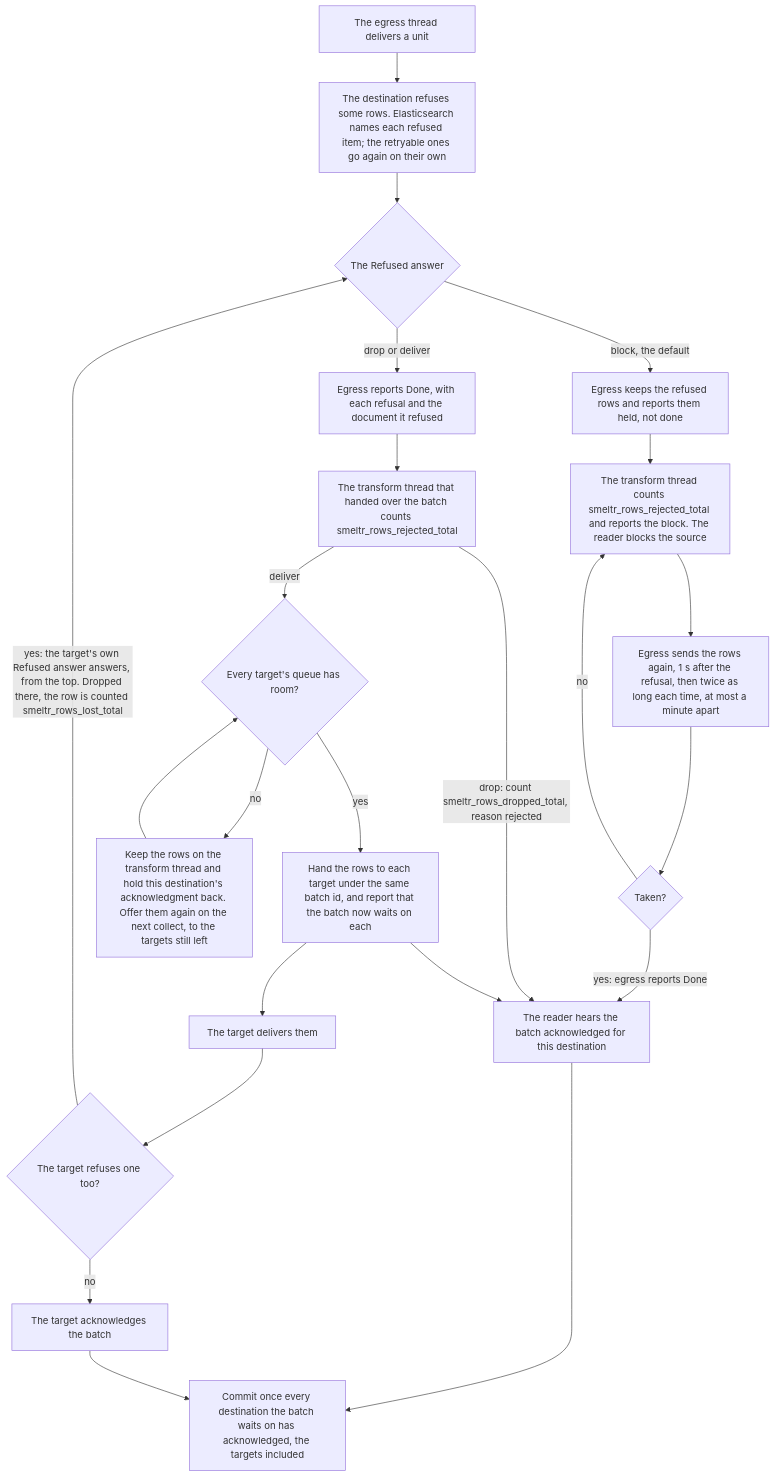
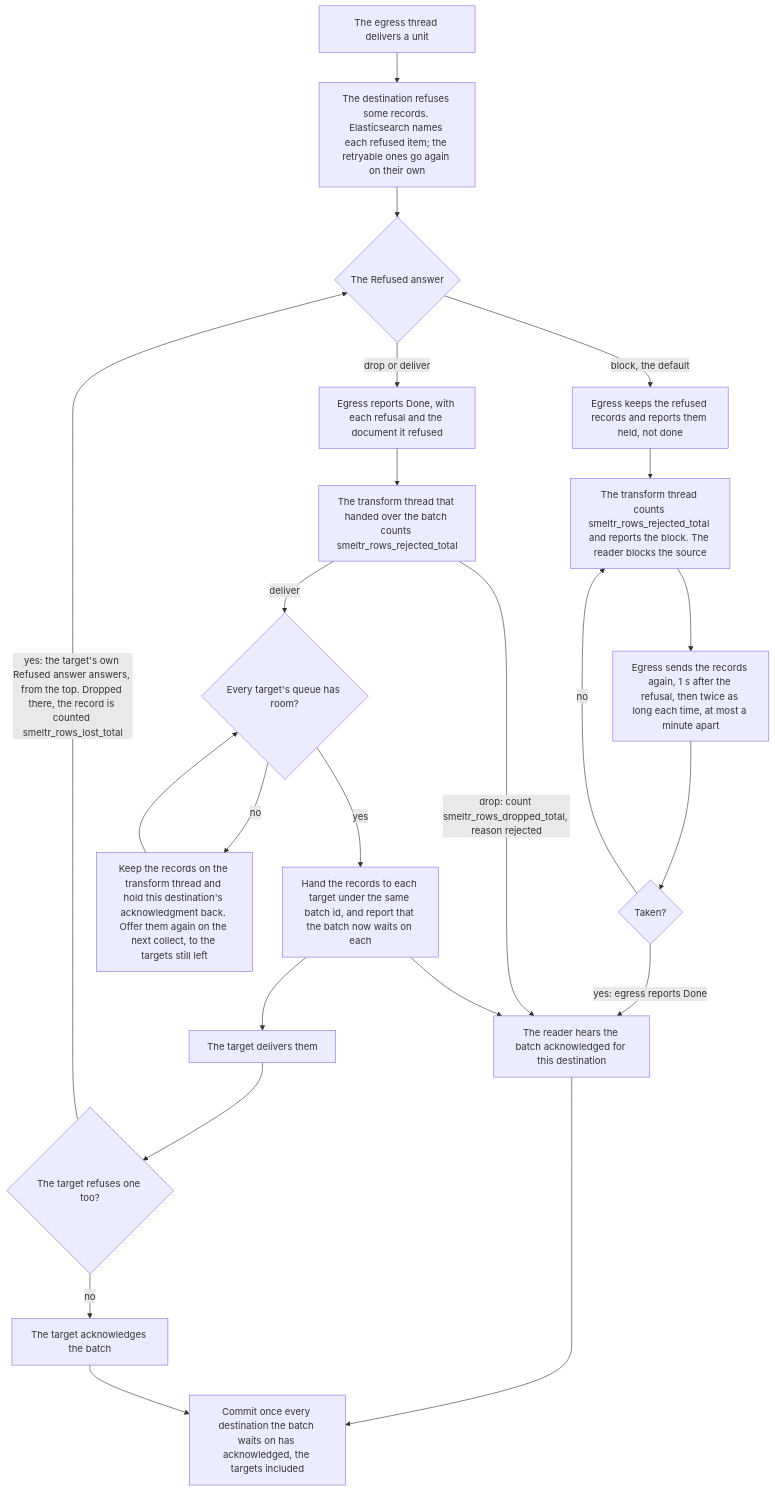
The fifth of 6 diagrams in docs/data-paths.md (smeltr-sh/smeltr), drawn with Mermaid before and after one commit. The commit also changed other lines of this file and 16 other files, not shown here.

First line of the commit message:
docs: record, not row, where docs/ means what is processed or sent (#1017)

````diff
--- a/docs/data-paths.md
+++ b/docs/data-paths.md
@@ -138,25 +138,25 @@
 ```mermaid
 flowchart TD
-  A["The egress thread delivers a unit"] --> B["The destination refuses some rows. Elasticsearch names each refused item; the retryable ones go again on their own"]
+  A["The egress thread delivers a unit"] --> B["The destination refuses some records. Elasticsearch names each refused item; the retryable ones go again on their own"]
   B --> C{"The Refused answer"}
-  C -- "block, the default" --> K["Egress keeps the refused rows and reports them held, not done"]
+  C -- "block, the default" --> K["Egress keeps the refused records and reports them held, not done"]
   K --> K1["The transform thread counts smeltr_rows_rejected_total and reports the block. The reader blocks the source"]
-  K1 --> K2["Egress sends the rows again, 1 s after the refusal, then twice as long each time, at most a minute apart"]
+  K1 --> K2["Egress sends the records again, 1 s after the refusal, then twice as long each time, at most a minute apart"]
   K2 --> K3{"Taken?"}
   K3 -- no --> K1
   K3 -- "yes: egress reports Done" --> E["The reader hears the batch acknowledged for this destination"]
   C -- "drop or deliver" --> D["Egress reports Done, with each refusal and the document it refused"]
   D --> T["The transform thread that handed over the batch counts smeltr_rows_rejected_total"]
   T -- "drop: count smeltr_rows_dropped_total, reason rejected" --> E
   T -- deliver --> Q{"Every target's queue has room?"}
-  Q -- no --> Q2["Keep the rows on the transform thread and hold this destination's acknowledgment back. Offer them again on the next collect, to the targets still left"]
+  Q -- no --> Q2["Keep the records on the transform thread and hold this destination's acknowledgment back. Offer them again on the next collect, to the targets still left"]
   Q2 --> Q
-  Q -- yes --> Q3["Hand the rows to each target under the same batch id, and report that the batch now waits on each"]
+  Q -- yes --> Q3["Hand the records to each target under the same batch id, and report that the batch now waits on each"]
   Q3 --> E
   Q3 --> R["The target delivers them"]
   R --> R2{"The target refuses one too?"}
-  R2 -- "yes: the target's own Refused answer answers, from the top. Dropped there, the row is counted smeltr_rows_lost_total" --> C
+  R2 -- "yes: the target's own Refused answer answers, from the top. Dropped there, the record is counted smeltr_rows_lost_total" --> C
   R2 -- no --> S["The target acknowledges the batch"]
   E --> F["Commit once every destination the batch waits on has acknowledged, the targets included"]
   S --> F
 ```
````
